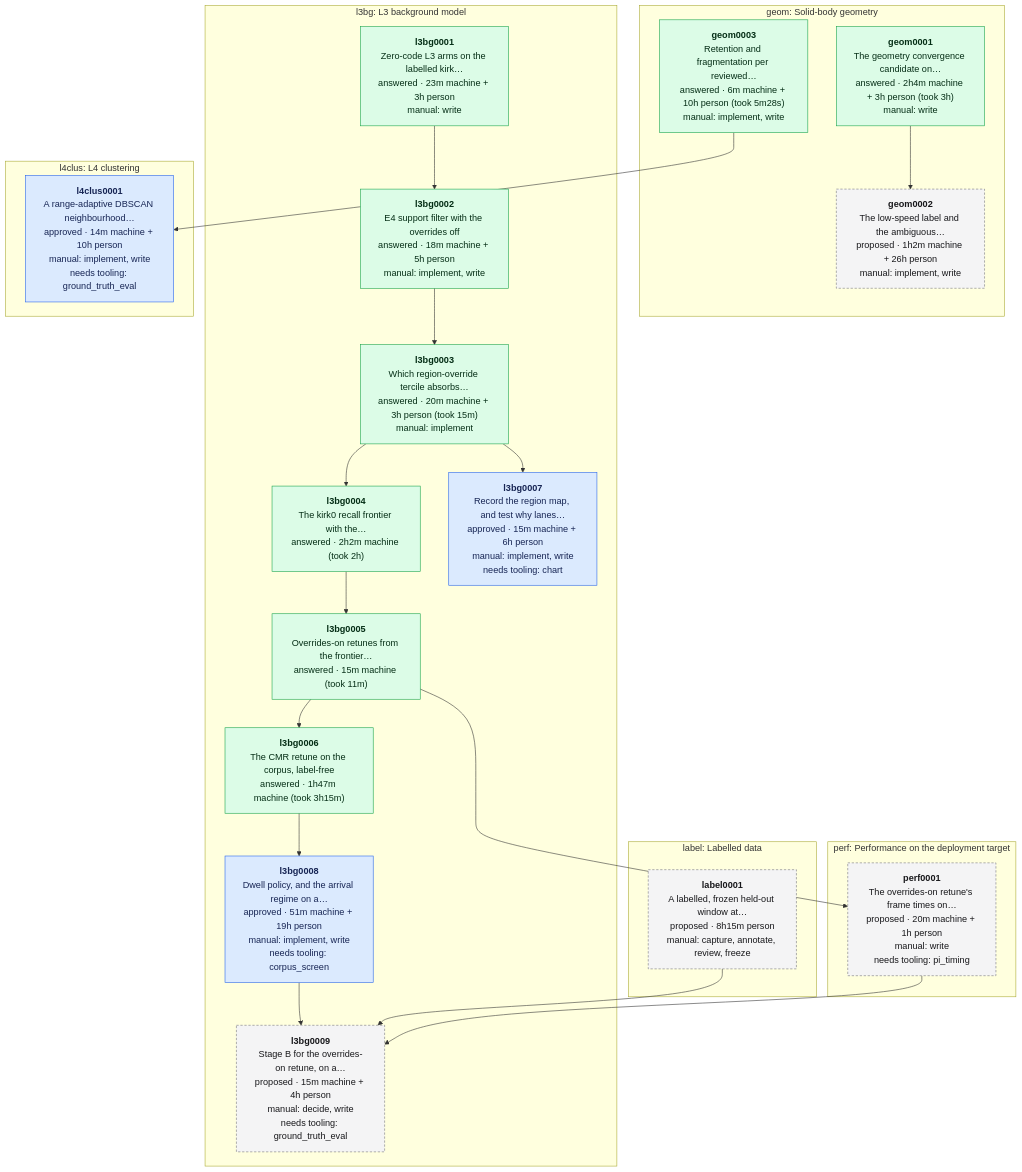
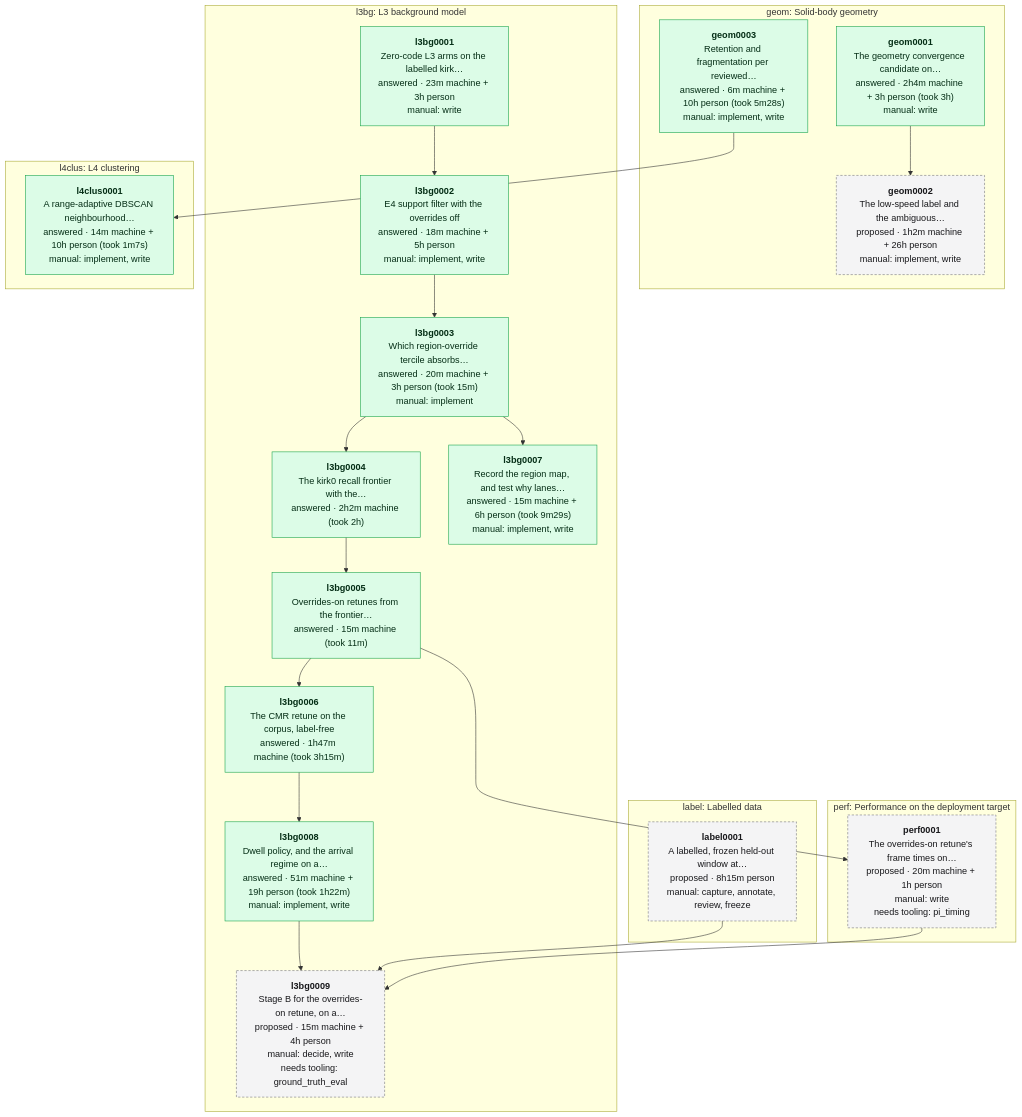
One commit to banshee-data/velocity.report changed the diagram in data/experiments/DEPENDENCIES.md. Above: the diagram before and after it, drawn with Mermaid. The commit also changed other lines of this file and 10 other files, not shown here.

First line of the commit message:
[ai][docs] Reports for l3bg0007, l3bg0008 and l4clus0001; all four overnight experiments answered

````diff
--- a/data/experiments/DEPENDENCIES.md
+++ b/data/experiments/DEPENDENCIES.md
@@ -7,45 +7,45 @@
 ```mermaid
 flowchart TB
   classDef proposed fill:#f4f4f5,stroke:#71717a,stroke-dasharray:4 3,color:#18181b
   classDef approved fill:#dbeafe,stroke:#2563eb,color:#172554
   classDef answered fill:#dcfce7,stroke:#16a34a,color:#052e16
   classDef retired fill:#fafafa,stroke:#d4d4d8,color:#71717a
   subgraph area_geom ["geom: Solid-body geometry"]
     geom0001["<b>geom0001</b><br/>The geometry convergence candidate on…<br/>answered · 2h4m machine + 3h person (took 3h)<br/>manual: write"]:::answered
     geom0002["<b>geom0002</b><br/>The low-speed label and the ambiguous…<br/>proposed · 1h2m machine + 26h person<br/>manual: implement, write"]:::proposed
     geom0003["<b>geom0003</b><br/>Retention and fragmentation per reviewed…<br/>answered · 6m machine + 10h person (took 5m28s)<br/>manual: implement, write"]:::answered
   end
   subgraph area_l3bg ["l3bg: L3 background model"]
     l3bg0001["<b>l3bg0001</b><br/>Zero-code L3 arms on the labelled kirk…<br/>answered · 23m machine + 3h person<br/>manual: write"]:::answered
     l3bg0002["<b>l3bg0002</b><br/>E4 support filter with the overrides off<br/>answered · 18m machine + 5h person<br/>manual: implement, write"]:::answered
     l3bg0003["<b>l3bg0003</b><br/>Which region-override tercile absorbs…<br/>answered · 20m machine + 3h person (took 15m)<br/>manual: implement"]:::answered
     l3bg0004["<b>l3bg0004</b><br/>The kirk0 recall frontier with the…<br/>answered · 2h2m machine (took 2h)"]:::answered
     l3bg0005["<b>l3bg0005</b><br/>Overrides-on retunes from the frontier…<br/>answered · 15m machine (took 11m)"]:::answered
     l3bg0006["<b>l3bg0006</b><br/>The CMR retune on the corpus, label-free<br/>answered · 1h47m machine (took 3h15m)"]:::answered
-    l3bg0007["<b>l3bg0007</b><br/>Record the region map, and test why lanes…<br/>approved · 15m machine + 6h person<br/>manual: implement, write<br/>needs tooling: chart"]:::approved
-    l3bg0008["<b>l3bg0008</b><br/>Dwell policy, and the arrival regime on a…<br/>approved · 51m machine + 19h person<br/>manual: implement, write<br/>needs tooling: corpus_screen"]:::approved
+    l3bg0007["<b>l3bg0007</b><br/>Record the region map, and test why lanes…<br/>answered · 15m machine + 6h person (took 9m29s)<br/>manual: implement, write"]:::answered
+    l3bg0008["<b>l3bg0008</b><br/>Dwell policy, and the arrival regime on a…<br/>answered · 51m machine + 19h person (took 1h22m)<br/>manual: implement, write"]:::answered
     l3bg0009["<b>l3bg0009</b><br/>Stage B for the overrides-on retune, on a…<br/>proposed · 15m machine + 4h person<br/>manual: decide, write<br/>needs tooling: ground_truth_eval"]:::proposed
   end
   subgraph area_l4clus ["l4clus: L4 clustering"]
-    l4clus0001["<b>l4clus0001</b><br/>A range-adaptive DBSCAN neighbourhood…<br/>approved · 14m machine + 10h person<br/>manual: implement, write<br/>needs tooling: ground_truth_eval"]:::approved
+    l4clus0001["<b>l4clus0001</b><br/>A range-adaptive DBSCAN neighbourhood…<br/>answered · 14m machine + 10h person (took 1m7s)<br/>manual: implement, write"]:::answered
   end
   subgraph area_label ["label: Labelled data"]
     label0001["<b>label0001</b><br/>A labelled, frozen held-out window at…<br/>proposed · 8h15m person<br/>manual: capture, annotate, review, freeze"]:::proposed
   end
   subgraph area_perf ["perf: Performance on the deployment target"]
     perf0001["<b>perf0001</b><br/>The overrides-on retune's frame times on…<br/>proposed · 20m machine + 1h person<br/>manual: write<br/>needs tooling: pi_timing"]:::proposed
   end
   geom0001 --> geom0002
   l3bg0001 --> l3bg0002
   l3bg0002 --> l3bg0003
   l3bg0003 --> l3bg0004
   l3bg0004 --> l3bg0005
   l3bg0005 --> l3bg0006
   l3bg0003 --> l3bg0007
   l3bg0006 --> l3bg0008
   l3bg0008 --> l3bg0009
   label0001 --> l3bg0009
   perf0001 --> l3bg0009
   geom0003 --> l4clus0001
   l3bg0005 --> perf0001
 ```
````
